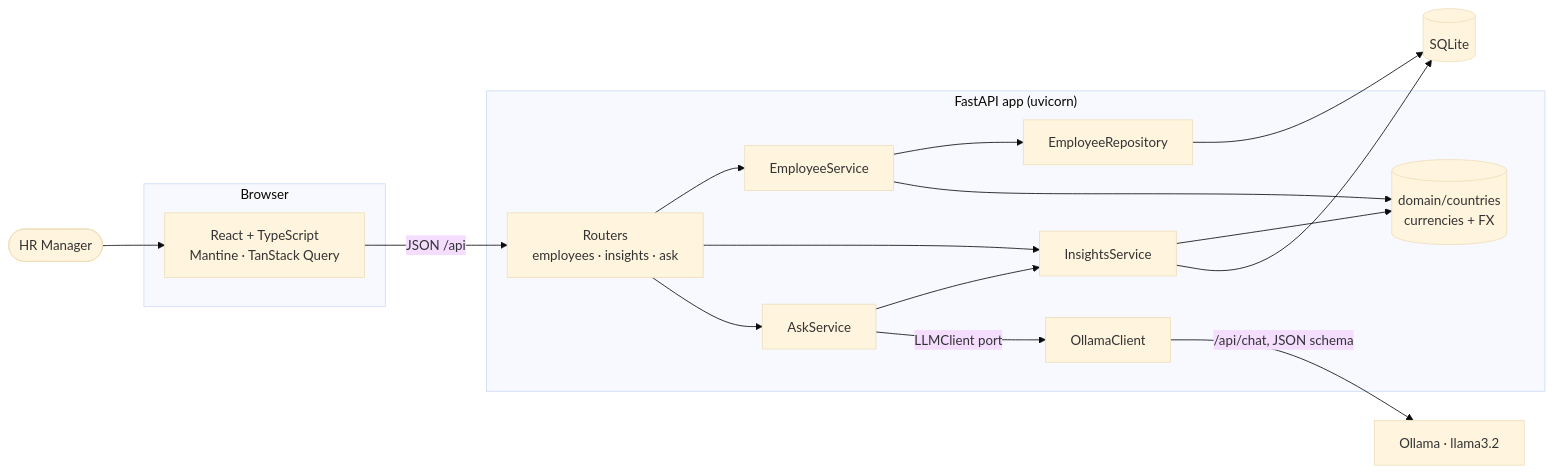
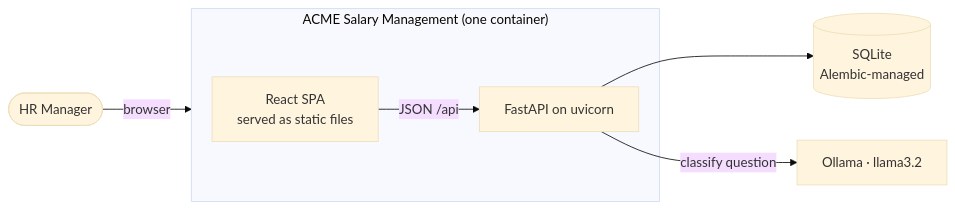
The first of 4 diagrams in docs/ARCHITECTURE.md (ManishgandotraCoder/acme), drawn with Mermaid (base theme) before and after one commit. The commit also changed other lines of this file and 9 other files, not shown here.

First line of the commit message:
docs: ADRs and architecture docs for the modular monolith

````diff
--- a/docs/ARCHITECTURE.md
+++ b/docs/ARCHITECTURE.md
@@ -5,27 +8,11 @@
 ```mermaid
 flowchart LR
-    HR([HR Manager]) --> UI
-
-    subgraph Browser
-        UI[React + TypeScript<br/>Mantine · TanStack Query]
+    HR([HR Manager]) -->|browser| APP
+    subgraph APP["ACME Salary Management (one container)"]
+        UI[React SPA<br/>served as static files]
+        API[FastAPI on uvicorn]
+        UI -->|JSON /api| API
     end
-
-    subgraph "FastAPI app (uvicorn)"
-        API[Routers<br/>employees · insights · ask]
-        ES[EmployeeService]
-        IS[InsightsService]
-        AS[AskService]
-        REPO[EmployeeRepository]
-        FX[(domain/countries<br/>currencies + FX)]
-        API --> ES & IS & AS
-        ES --> REPO
-        AS --> IS
-        AS -->|LLMClient port| OC[OllamaClient]
-        ES & IS --> FX
-    end
-
-    UI -->|JSON /api| API
-    REPO --> DB[(SQLite)]
-    IS --> DB
-    OC -->|/api/chat, JSON schema| OL[Ollama · llama3.2]
+    API --> DB[(SQLite<br/>Alembic-managed)]
+    API -->|classify question| OL[Ollama · llama3.2]
 ```
````
